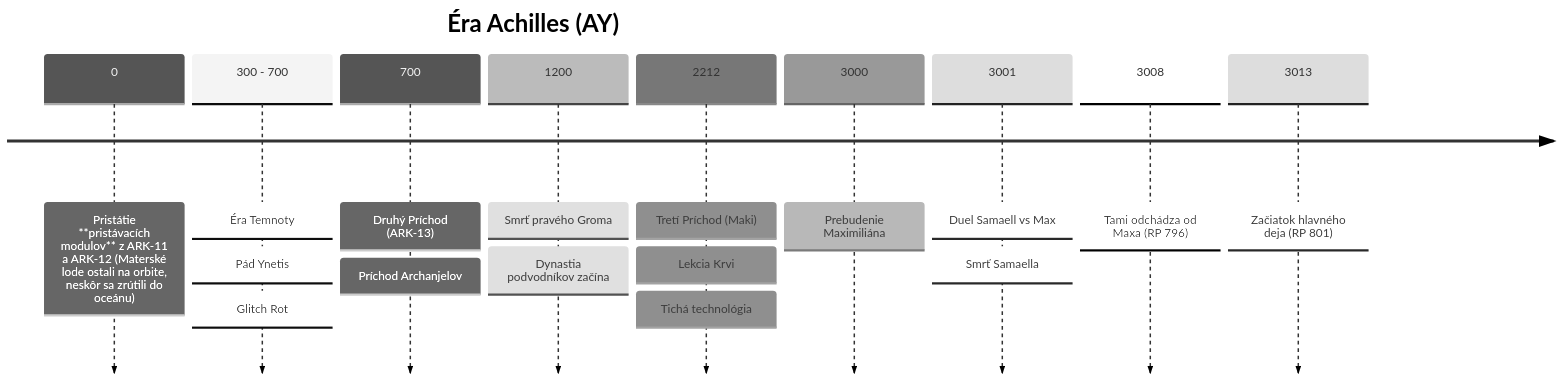
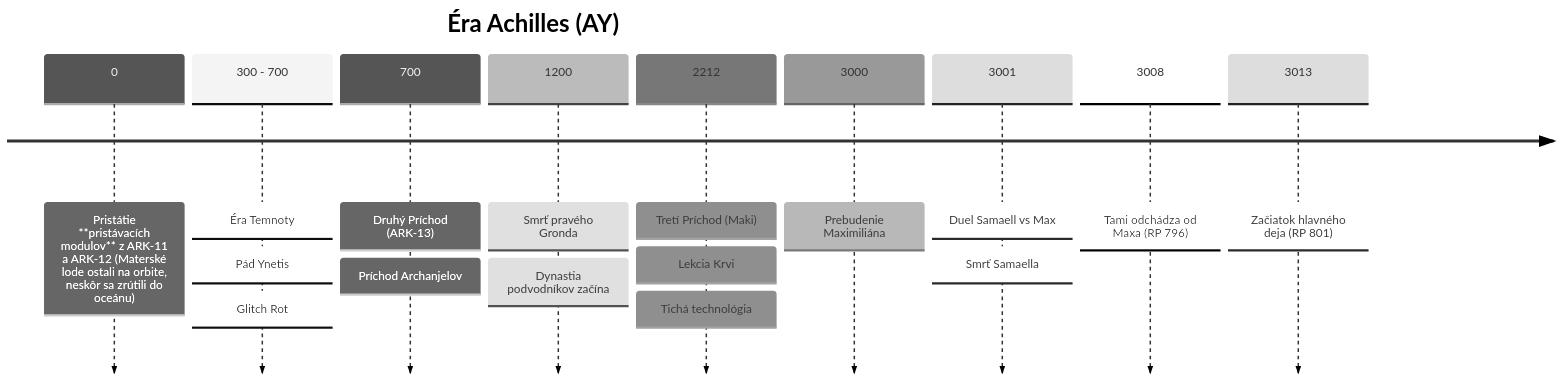
One commit to BranLang/null-void changed the second of 2 diagrams in World-Bible/01-timeline.md. Above: the diagram before and after it, drawn with Mermaid (neutral theme). The commit also changed other lines of this file and 32 other files, not shown here.

````diff
--- a/World-Bible/01-timeline.md
+++ b/World-Bible/01-timeline.md
@@ -25,13 +24,13 @@
 ```mermaid
 timeline
     title Éra Achilles (AY)
     0 : Pristátie **pristávacích modulov** z ARK-11 a ARK-12 (Materské lode ostali na orbite, neskôr sa zrútili do oceánu)
     300 - 700 : Éra Temnoty : Pád Ynetis : Glitch Rot
     700 : Druhý Príchod (ARK-13) : Príchod Archanjelov
-    1200 : Smrť pravého Groma : Dynastia podvodníkov začína
+    1200 : Smrť pravého Gronda : Dynastia podvodníkov začína
     2212 : Tretí Príchod (Maki) : Lekcia Krvi : Tichá technológia
     3000 : Prebudenie Maximiliána
     3001 : Duel Samaell vs Max : Smrť Samaella
     3008 : Tami odchádza od Maxa (RP 796)
     3013 : Začiatok hlavného deja (RP 801)
 ```
````
